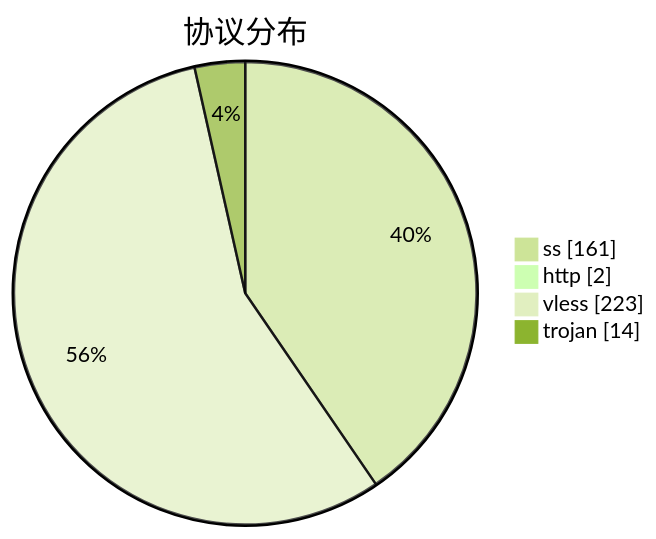
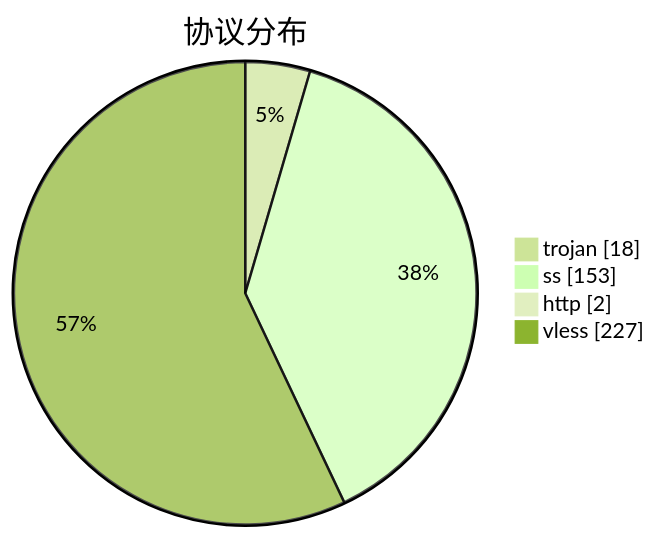
Before and after one commit to qjlxg/airport: the third of 3 diagrams in subs/statistics/tested_within.md, drawn with Mermaid (forest theme). The commit also changed other lines of this file and 2 other files, not shown here.

````diff
--- a/subs/statistics/tested_within.md
+++ b/subs/statistics/tested_within.md
@@ -18,8 +18,8 @@
 ```mermaid
 pie showData
 title 协议分布
-"ss" : 161
+"trojan" : 18
+"ss" : 153
 "http" : 2
-"vless" : 223
-"trojan" : 14
+"vless" : 227
 ```
````
